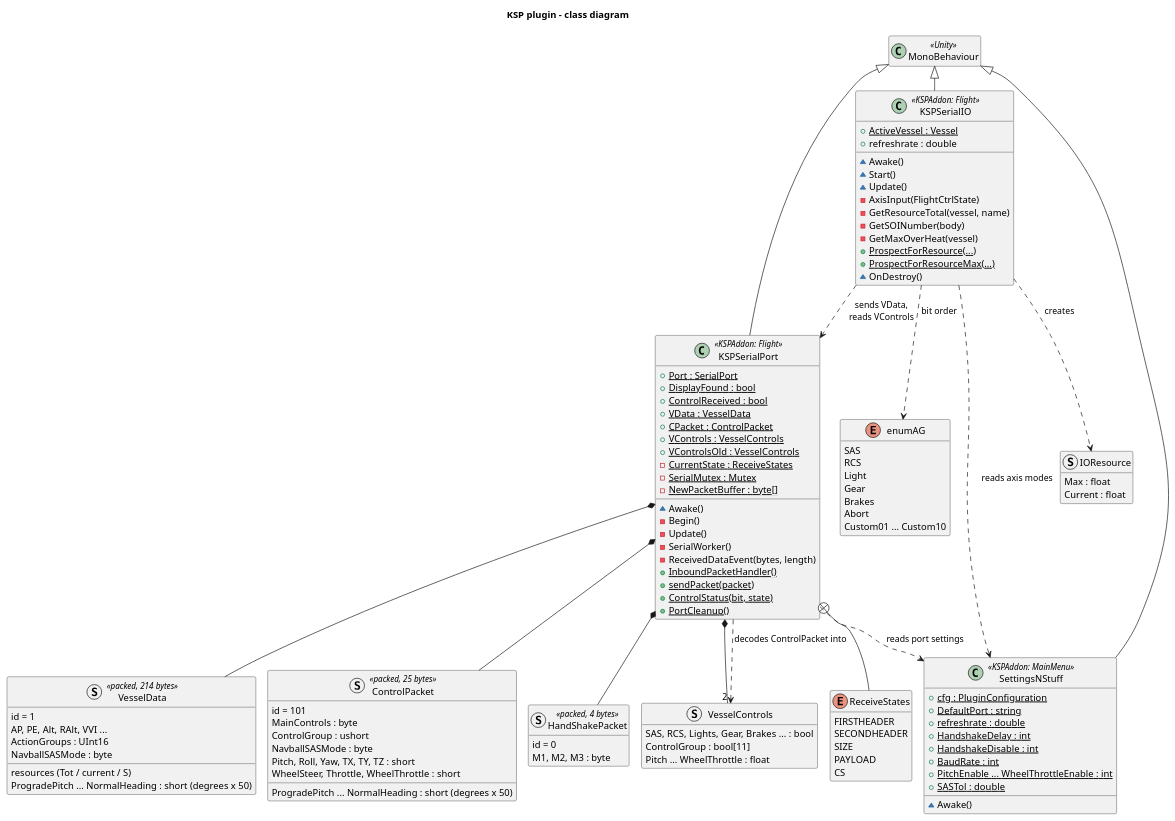
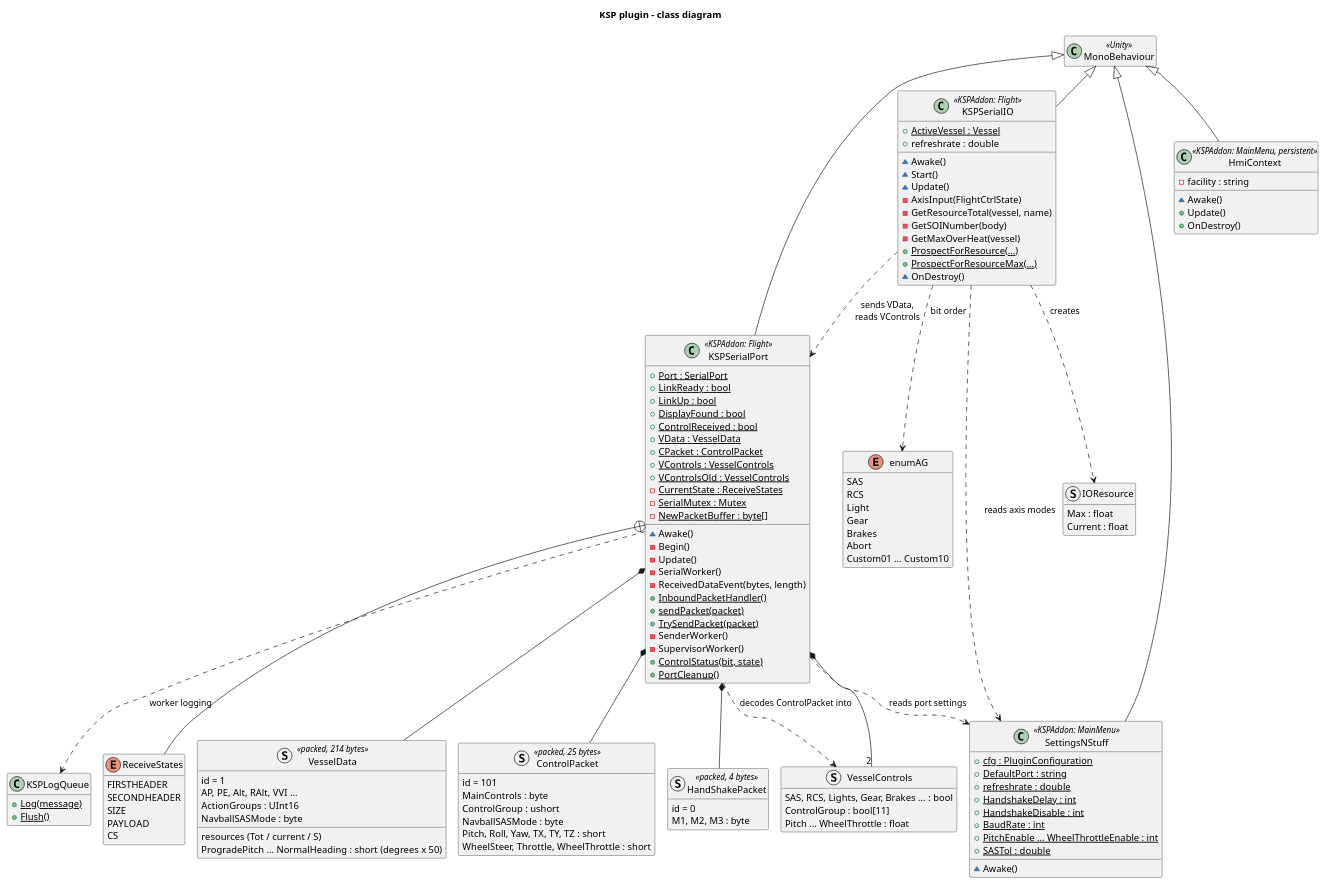
One commit to AlaNLrdE/KSPKontroller changed the diagram in docs/diagrams/classes_plugin.puml. Above: the diagram before and after it, drawn with PlantUML. The commit also changed 43 other files, not shown here.

```diff
--- a/docs/diagrams/classes_plugin.puml
+++ b/docs/diagrams/classes_plugin.puml
@@ -1,126 +1,144 @@
 @startuml classes_plugin
 title KSP plugin - class diagram
 !pragma layout smetana
 hide empty members
 
 class MonoBehaviour <<Unity>>
 
 class SettingsNStuff <<KSPAddon: MainMenu>> {
   +{static} cfg : PluginConfiguration
   +{static} DefaultPort : string
   +{static} refreshrate : double
   +{static} HandshakeDelay : int
   +{static} HandshakeDisable : int
   +{static} BaudRate : int
   +{static} PitchEnable ... WheelThrottleEnable : int
   +{static} SASTol : double
   ~Awake()
 }
 
 class KSPSerialPort <<KSPAddon: Flight>> {
   +{static} Port : SerialPort
+  +{static} LinkReady : bool
+  +{static} LinkUp : bool
   +{static} DisplayFound : bool
   +{static} ControlReceived : bool
   +{static} VData : VesselData
   +{static} CPacket : ControlPacket
   +{static} VControls : VesselControls
   +{static} VControlsOld : VesselControls
   -{static} CurrentState : ReceiveStates
   -{static} SerialMutex : Mutex
   -{static} NewPacketBuffer : byte[]
   ~Awake()
   -Begin()
   -Update()
   -SerialWorker()
   -ReceivedDataEvent(bytes, length)
   +{static} InboundPacketHandler()
   +{static} sendPacket(packet)
+  +{static} TrySendPacket(packet)
+  -SenderWorker()
+  -SupervisorWorker()
   +{static} ControlStatus(bit, state)
   +{static} PortCleanup()
 }
 
 class KSPSerialIO <<KSPAddon: Flight>> {
   +{static} ActiveVessel : Vessel
   +refreshrate : double
   ~Awake()
   ~Start()
   ~Update()
   -AxisInput(FlightCtrlState)
   -GetResourceTotal(vessel, name)
   -GetSOINumber(body)
   -GetMaxOverHeat(vessel)
   +{static} ProspectForResource(...)
   +{static} ProspectForResourceMax(...)
   ~OnDestroy()
+}
+
+class HmiContext <<KSPAddon: MainMenu, persistent>> {
+  ~Awake()
+  +Update()
+  +OnDestroy()
+  -facility : string
+}
+
+class KSPLogQueue {
+  +{static} Log(message)
+  +{static} Flush()
 }
 
 enum ReceiveStates {
   FIRSTHEADER
   SECONDHEADER
   SIZE
   PAYLOAD
   CS
 }
 
 enum enumAG {
   SAS
   RCS
   Light
   Gear
   Brakes
   Abort
   Custom01 ... Custom10
 }
 
 struct VesselData <<packed, 214 bytes>> {
   id = 1
   AP, PE, Alt, RAlt, VVI ...
   resources (Tot / current / S)
   ActionGroups : UInt16
   NavballSASMode : byte
   ProgradePitch ... NormalHeading : short (degrees x 50)
 }
 
 struct ControlPacket <<packed, 25 bytes>> {
   id = 101
   MainControls : byte
   ControlGroup : ushort
   NavballSASMode : byte
-  ProgradePitch ... NormalHeading : short (degrees x 50)
   Pitch, Roll, Yaw, TX, TY, TZ : short
   WheelSteer, Throttle, WheelThrottle : short
 }
 
 struct HandShakePacket <<packed, 4 bytes>> {
   id = 0
   M1, M2, M3 : byte
 }
 
 struct VesselControls {
   SAS, RCS, Lights, Gear, Brakes ... : bool
   ControlGroup : bool[11]
   Pitch ... WheelThrottle : float
 }
 
 struct IOResource {
   Max : float
   Current : float
 }
 
+MonoBehaviour <|-- HmiContext
+KSPSerialPort ..> KSPLogQueue : worker logging
 MonoBehaviour <|-- SettingsNStuff
 MonoBehaviour <|-- KSPSerialPort
 MonoBehaviour <|-- KSPSerialIO
 
 KSPSerialPort *-- VesselData
 KSPSerialPort *-- ControlPacket
 KSPSerialPort *-- HandShakePacket
 KSPSerialPort *-- "2" VesselControls
 KSPSerialPort +-- ReceiveStates
 KSPSerialPort ..> VesselControls : decodes ControlPacket into
 
 KSPSerialIO ..> KSPSerialPort : sends VData,\nreads VControls
 KSPSerialIO ..> SettingsNStuff : reads axis modes
 KSPSerialIO ..> IOResource : creates
 KSPSerialIO ..> enumAG : bit order
 KSPSerialPort ..> SettingsNStuff : reads port settings
 @enduml
```
